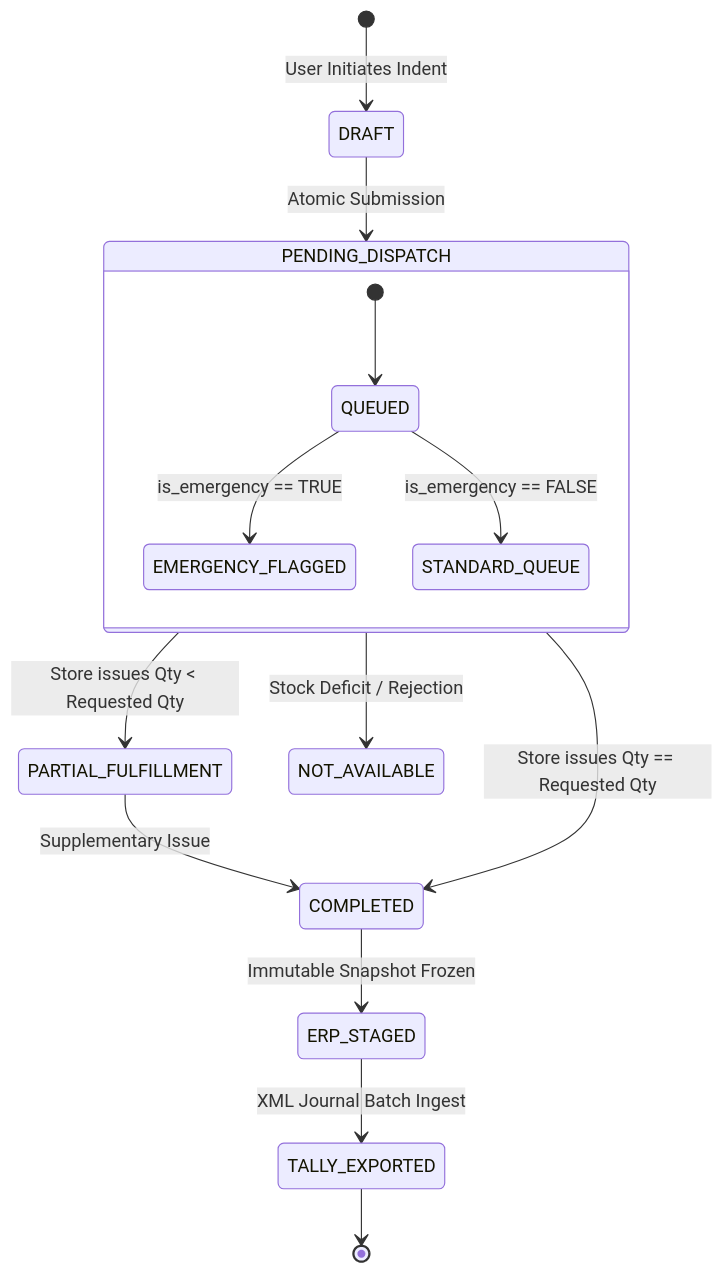
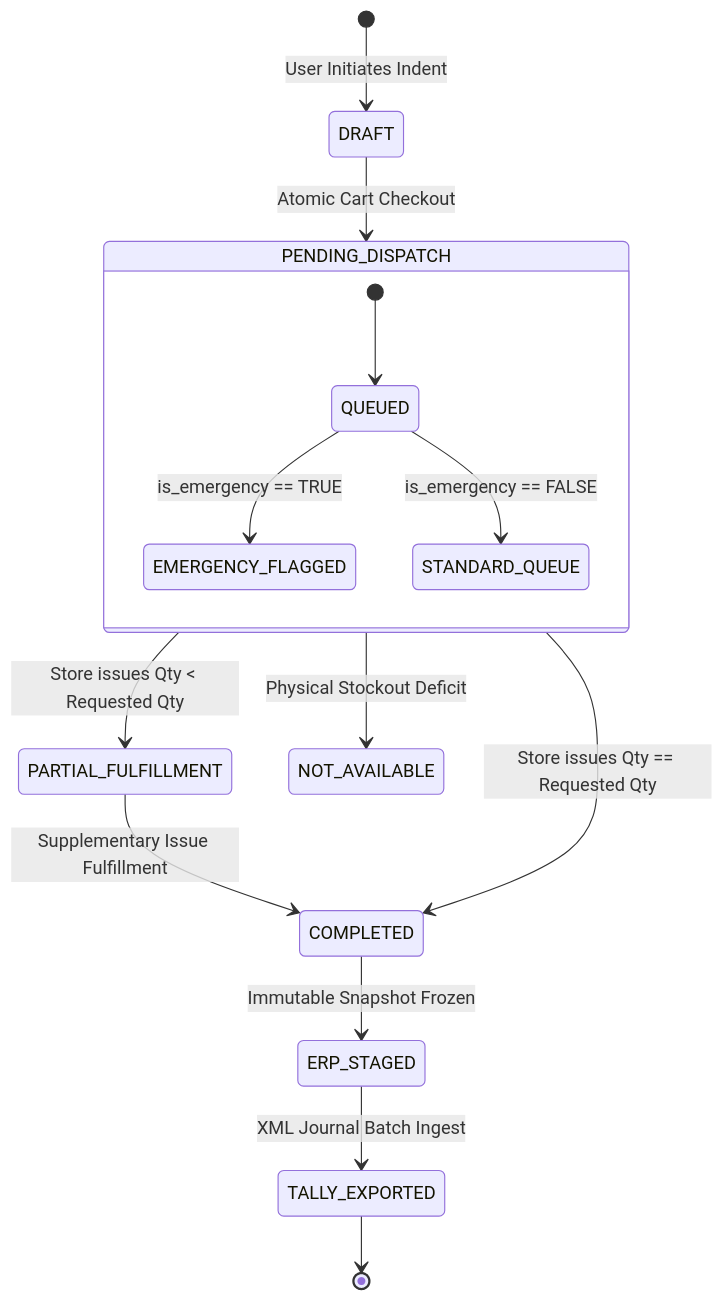
The first of 2 diagrams in README.md (piyushmaji524/store-requisition-system), drawn with Mermaid before and after one commit. The commit also changed other lines of this file, not shown here.

Commit message:
docs: Deep mathematical invariants, sequence graphs, micro-kernel architecture specifications in README

````diff
--- a/README.md
+++ b/README.md
@@ -71,21 +119,21 @@
 ```mermaid
 stateDiagram-v2
     [*] --> DRAFT : User Initiates Indent
-    DRAFT --> PENDING_DISPATCH : Atomic Submission
+    DRAFT --> PENDING_DISPATCH : Atomic Cart Checkout
     
     state PENDING_DISPATCH {
         [*] --> QUEUED
         QUEUED --> EMERGENCY_FLAGGED : is_emergency == TRUE
         QUEUED --> STANDARD_QUEUE : is_emergency == FALSE
     }
 
     PENDING_DISPATCH --> PARTIAL_FULFILLMENT : Store issues Qty < Requested Qty
     PENDING_DISPATCH --> COMPLETED : Store issues Qty == Requested Qty
-    PENDING_DISPATCH --> NOT_AVAILABLE : Stock Deficit / Rejection
+    PENDING_DISPATCH --> NOT_AVAILABLE : Physical Stockout Deficit
     
-    PARTIAL_FULFILLMENT --> COMPLETED : Supplementary Issue
+    PARTIAL_FULFILLMENT --> COMPLETED : Supplementary Issue Fulfillment
     
     COMPLETED --> ERP_STAGED : Immutable Snapshot Frozen
     ERP_STAGED --> TALLY_EXPORTED : XML Journal Batch Ingest
     TALLY_EXPORTED --> [*]
 ```
````
